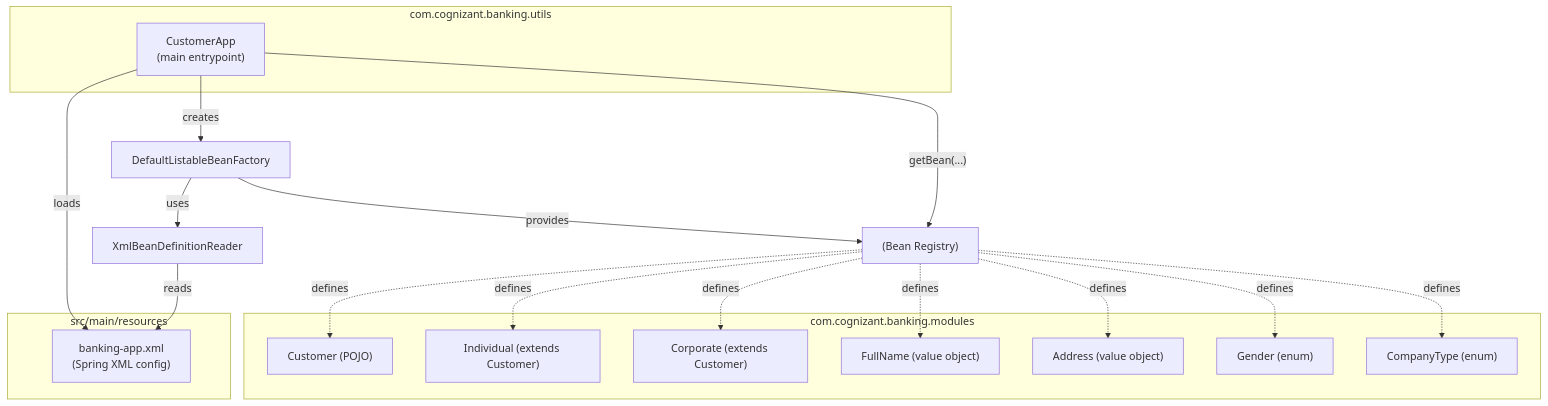
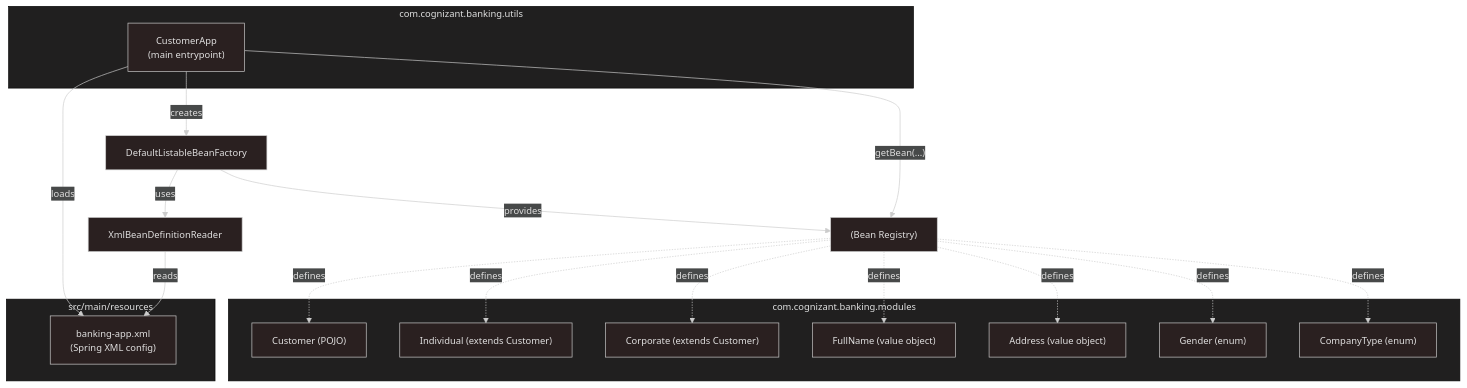
The diagram in Mermaid Files/BankingwithSpringwithXML.mermaid (UnknownWanderer12/add1), drawn with Mermaid before and after one commit.

Commit message:
Add configuration for neo-dark theme in Mermaid file

```diff
--- a/Mermaid Files/BankingwithSpringwithXML.mermaid
+++ b/Mermaid Files/BankingwithSpringwithXML.mermaid
@@ -1,34 +1,39 @@
+---
+config:
+  theme: neo-dark
+---
+
 flowchart TB
   subgraph utils["com.cognizant.banking.utils"]
     CU["CustomerApp\n(main entrypoint)"]
   end
 
   subgraph resources["src/main/resources"]
     XML["banking-app.xml\n(Spring XML config)"]
   end
 
   subgraph modules["com.cognizant.banking.modules"]
     CUST["Customer (POJO)"]
     IND["Individual (extends Customer)"]
     CORP["Corporate (extends Customer)"]
     NAME["FullName (value object)"]
     ADDR["Address (value object)"]
     GEND["Gender (enum)"]
     CTYP["CompanyType (enum)"]
   end
 
   CU -- "loads" --> XML
   CU -- "creates" --> BF[DefaultListableBeanFactory]
   BF -- "uses" --> XBR[XmlBeanDefinitionReader]
   XBR -- "reads" --> XML
   BF -- "provides" --> BEANS["(Bean Registry)"]
 
   BEANS -. defines .-> CUST
   BEANS -. defines .-> IND
   BEANS -. defines .-> CORP
   BEANS -. defines .-> NAME
   BEANS -. defines .-> ADDR
   BEANS -. defines .-> GEND
   BEANS -. defines .-> CTYP
 
   CU -- "getBean(...)" --> BEANS
```
